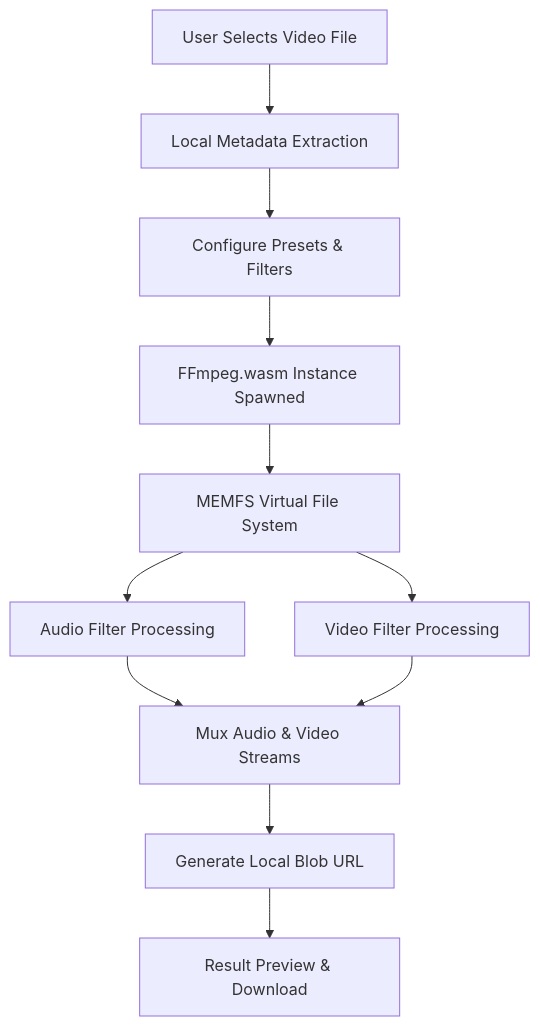
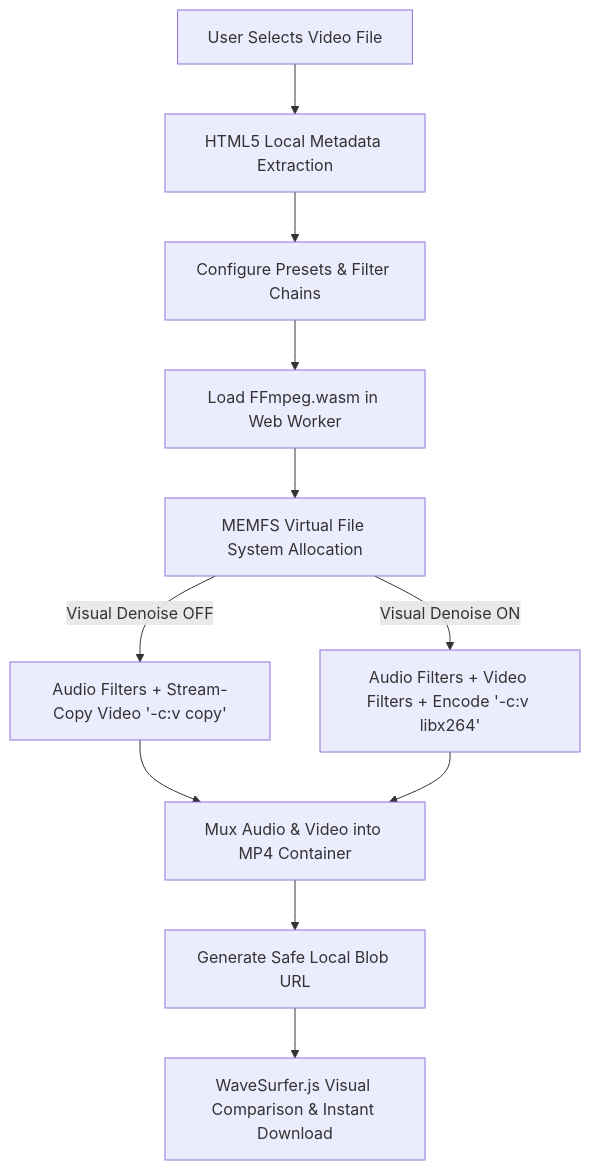
The diagram in README.md (arqam66/noise_reduction), drawn with Mermaid before and after one commit. The commit also changed other lines of this file and 2 other files, not shown here.

First line of the commit message:
feat: optimize audio noise reduction speed and quality

````diff
--- a/README.md
+++ b/README.md
@@ -33,12 +34,12 @@
 ```mermaid
 graph TD
-    A[User Selects Video File] --> B[Local Metadata Extraction]
-    B --> C[Configure Presets & Filters]
-    C --> D[FFmpeg.wasm Instance Spawned]
-    D --> E[MEMFS Virtual File System]
-    E --> F[Audio Filter Processing]
-    E --> G[Video Filter Processing]
-    F & G --> H[Mux Audio & Video Streams]
-    H --> I[Generate Local Blob URL]
-    I --> J[Result Preview & Download]
+    A[User Selects Video File] --> B[HTML5 Local Metadata Extraction]
+    B --> C[Configure Presets & Filter Chains]
+    C --> D[Load FFmpeg.wasm in Web Worker]
+    D --> E[MEMFS Virtual File System Allocation]
+    E -->|Visual Denoise OFF| F[Audio Filters + Stream-Copy Video '-c:v copy']
+    E -->|Visual Denoise ON| G[Audio Filters + Video Filters + Encode '-c:v libx264']
+    F & G --> H[Mux Audio & Video into MP4 Container]
+    H --> I[Generate Safe Local Blob URL]
+    I --> J[WaveSurfer.js Visual Comparison & Instant Download]
 ```
````
